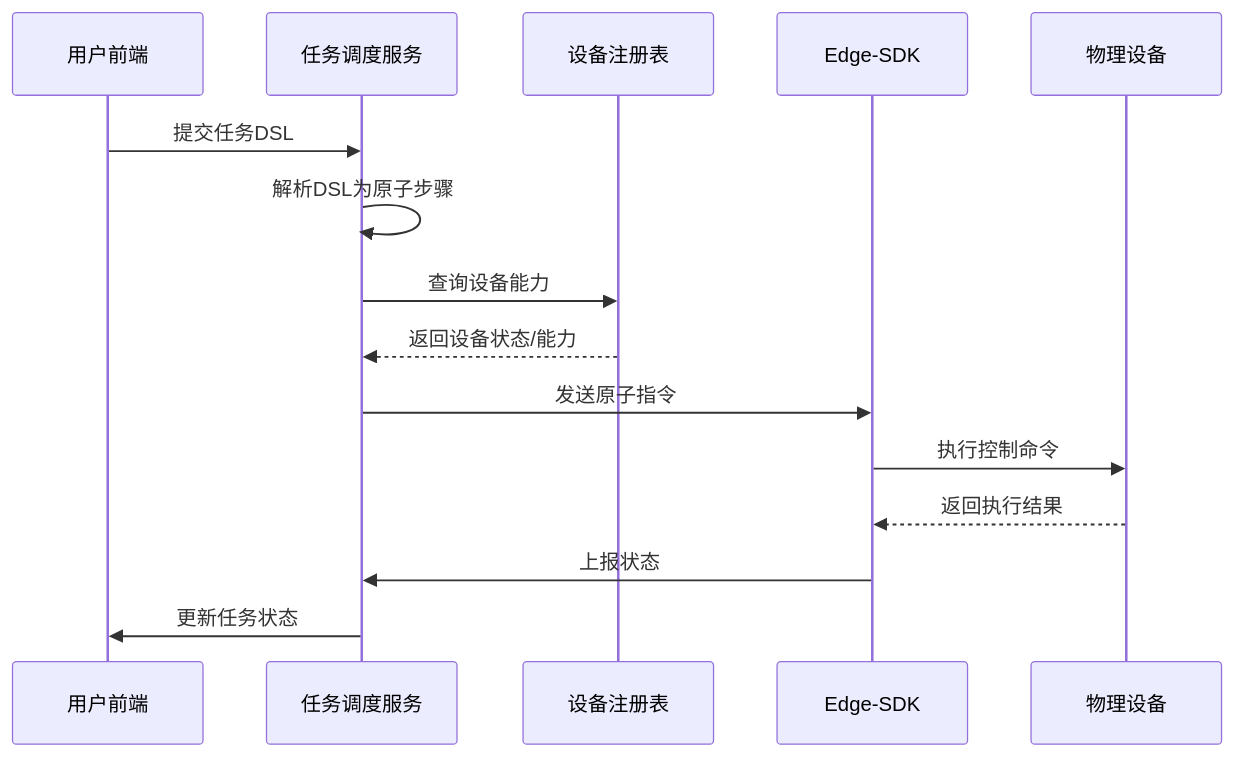
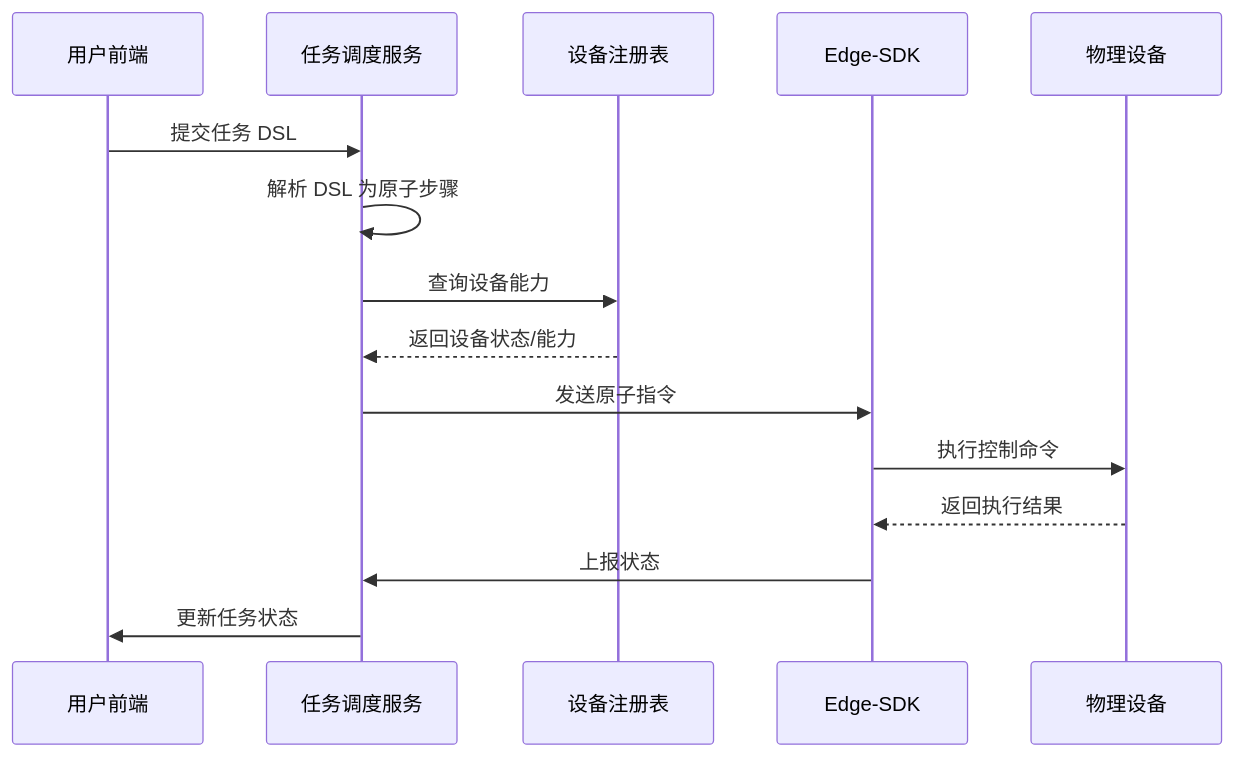
The diagram in docs/zh/hardware/分布式机器人多机协同巡检系统设计.md (sharebravery/sharebravery.github.io), drawn with Mermaid before and after one commit. The commit also changed other lines of this file and 26 other files, not shown here.

````diff
--- a/docs/zh/hardware/分布式机器人多机协同巡检系统设计.md
+++ b/docs/zh/hardware/分布式机器人多机协同巡检系统设计.md
@@ -185,18 +186,18 @@
 ```mermaid
 sequenceDiagram
     participant 用户 as 用户前端
     participant 调度器 as 任务调度服务
     participant 注册表 as 设备注册表
     participant Agent as Edge-SDK
     participant 设备 as 物理设备
 
-    用户->>调度器: 提交任务DSL
-    调度器->>调度器: 解析DSL为原子步骤
+    用户->>调度器: 提交任务 DSL
+    调度器->>调度器: 解析 DSL 为原子步骤
     调度器->>注册表: 查询设备能力
     注册表-->>调度器: 返回设备状态/能力
     调度器->>Agent: 发送原子指令
     Agent->>设备: 执行控制命令
     设备-->>Agent: 返回执行结果
     Agent->>调度器: 上报状态
     调度器->>用户: 更新任务状态
 ```
````
